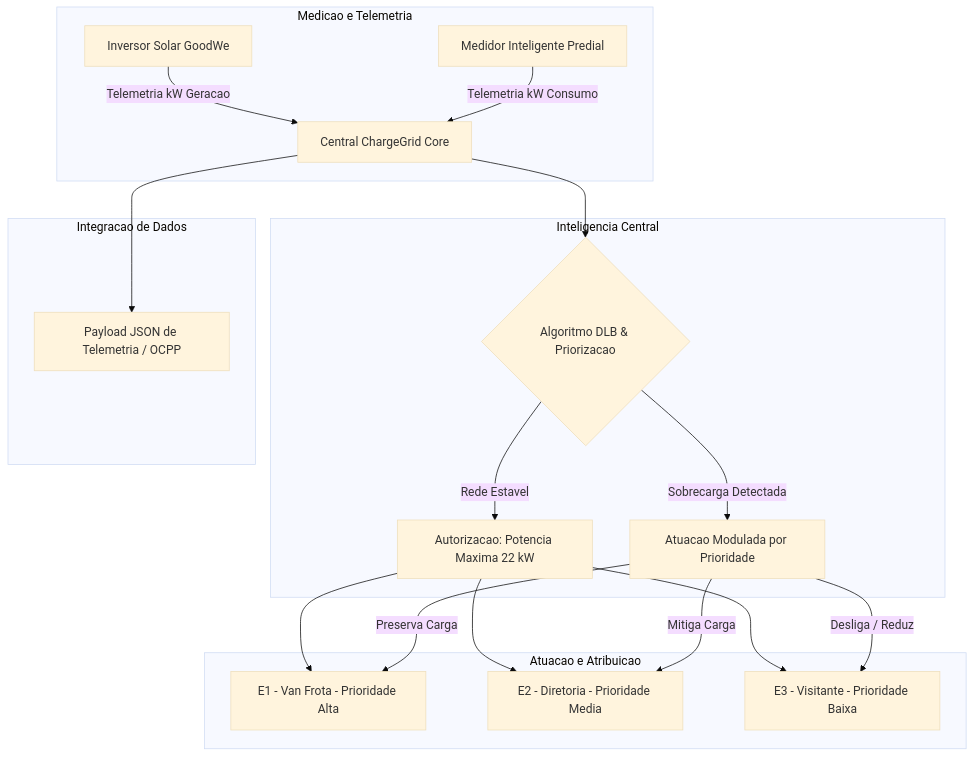
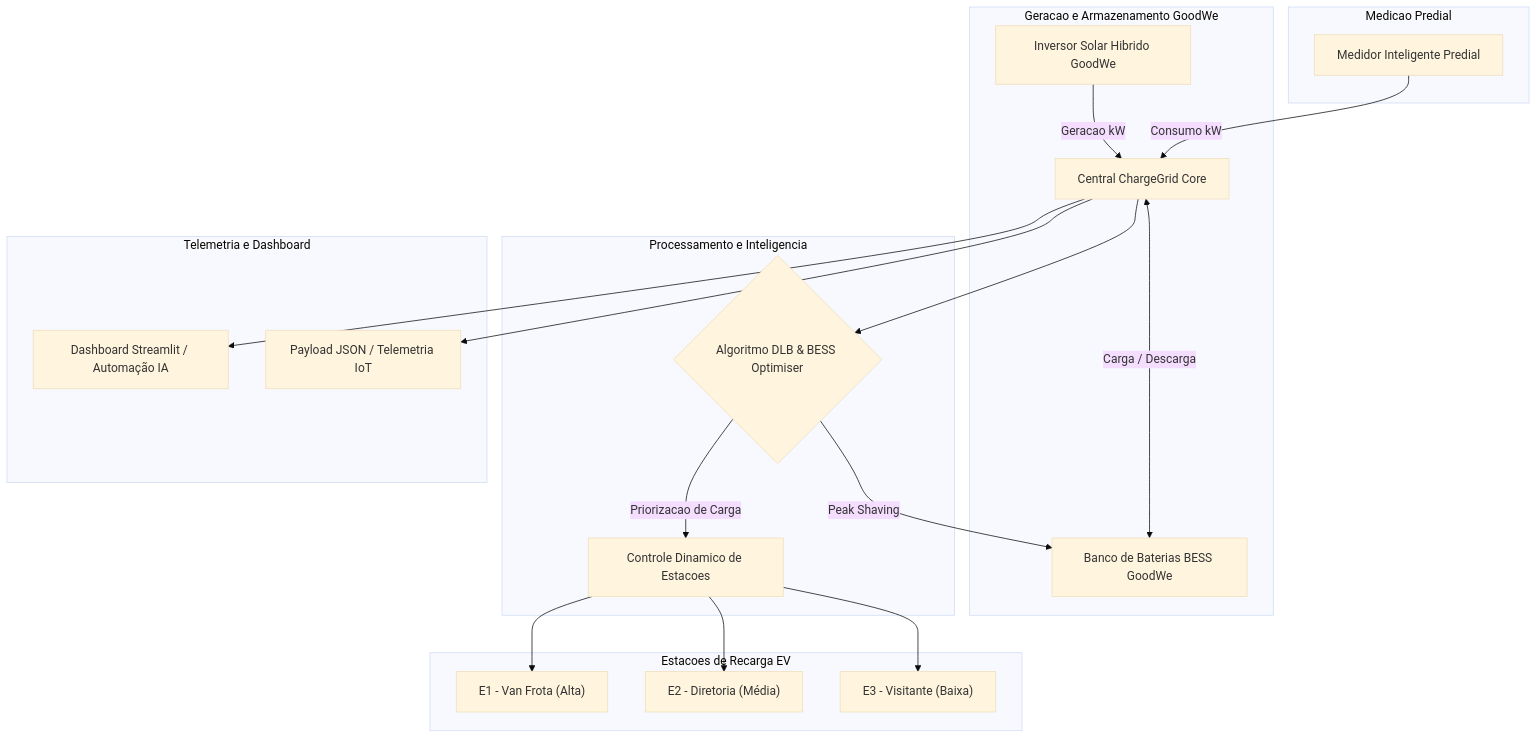
Before and after one commit to pedroyoshikadogarcia/Fiap-GoodWe-Chargegrid-Sprint1-2-3-4-Grupo-03: the diagram in README.md, drawn with Mermaid (base theme). The commit also changed other lines of this file, not shown here.

````diff
--- a/README.md
+++ b/README.md
@@ -25,27 +25,28 @@
 ```mermaid
 graph TD
-    subgraph Entrada["Medicao e Telemetria"]
-        A["Inversor Solar GoodWe"] -->|Telemetria kW Geracao| C["Central ChargeGrid Core"]
-        B["Medidor Inteligente Predial"] -->|Telemetria kW Consumo| C
+    subgraph Geracao e Armazenamento GoodWe
+        A["Inversor Solar Hibrido GoodWe"] -->|Geracao kW| C["Central ChargeGrid Core"]
+        B["Banco de Baterias BESS GoodWe"] <-->|Carga / Descarga| C
     end
 
-    subgraph Processamento["Inteligencia Central"]
-        C --> D{"Algoritmo DLB & Priorizacao"}
-        D -->|Rede Estavel| E["Autorizacao: Potencia Maxima 22 kW"]
-        D -->|Sobrecarga Detectada| F["Atuacao Modulada por Prioridade"]
+    subgraph Medicao Predial
+        D["Medidor Inteligente Predial"] -->|Consumo kW| C
     end
 
-    subgraph Saida["Atuacao e Atribuicao"]
-        E --> G["E1 - Van Frota - Prioridade Alta"]
-        E --> H["E2 - Diretoria - Prioridade Media"]
-        E --> I["E3 - Visitante - Prioridade Baixa"]
-
-        F -->|Preserva Carga| G
-        F -->|Mitiga Carga| H
-        F -->|Desliga / Reduz| I
+    subgraph Processamento e Inteligencia
+        C --> E{"Algoritmo DLB & BESS Optimiser"}
+        E -->|Peak Shaving| B
+        E -->|Priorizacao de Carga| F["Controle Dinamico de Estacoes"]
     end
 
-    subgraph Integracao["Integracao de Dados"]
-        C --> J["Payload JSON de Telemetria / OCPP"]
+    subgraph Estacoes de Recarga EV
+        F --> G["E1 - Van Frota (Alta)"]
+        F --> H["E2 - Diretoria (Média)"]
+        F --> I["E3 - Visitante (Baixa)"]
+    end
+
+    subgraph Telemetria e Dashboard
+        C --> J["Dashboard Streamlit / Automação IA"]
+        C --> K["Payload JSON / Telemetria IoT"]
     end
 ```
````
